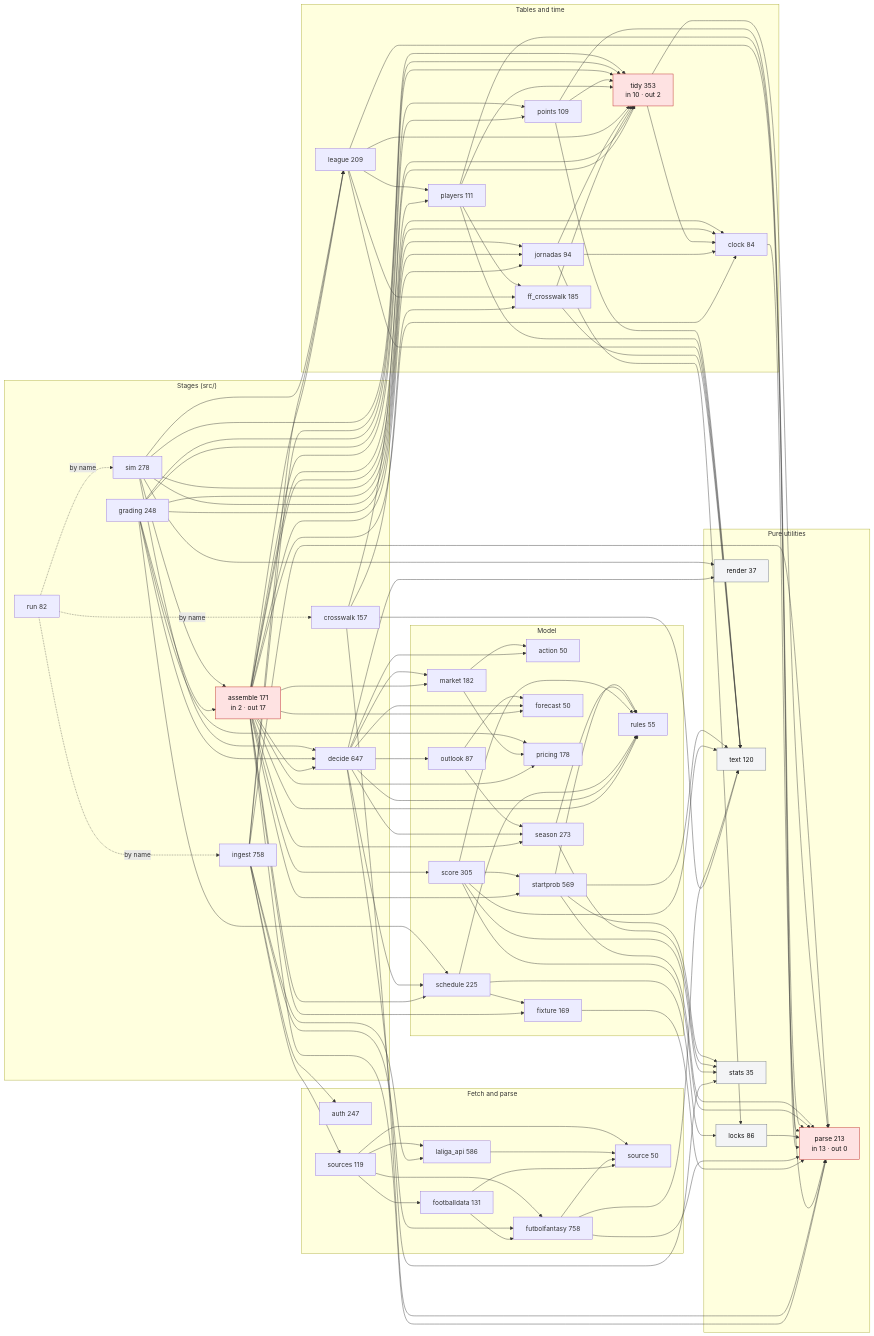
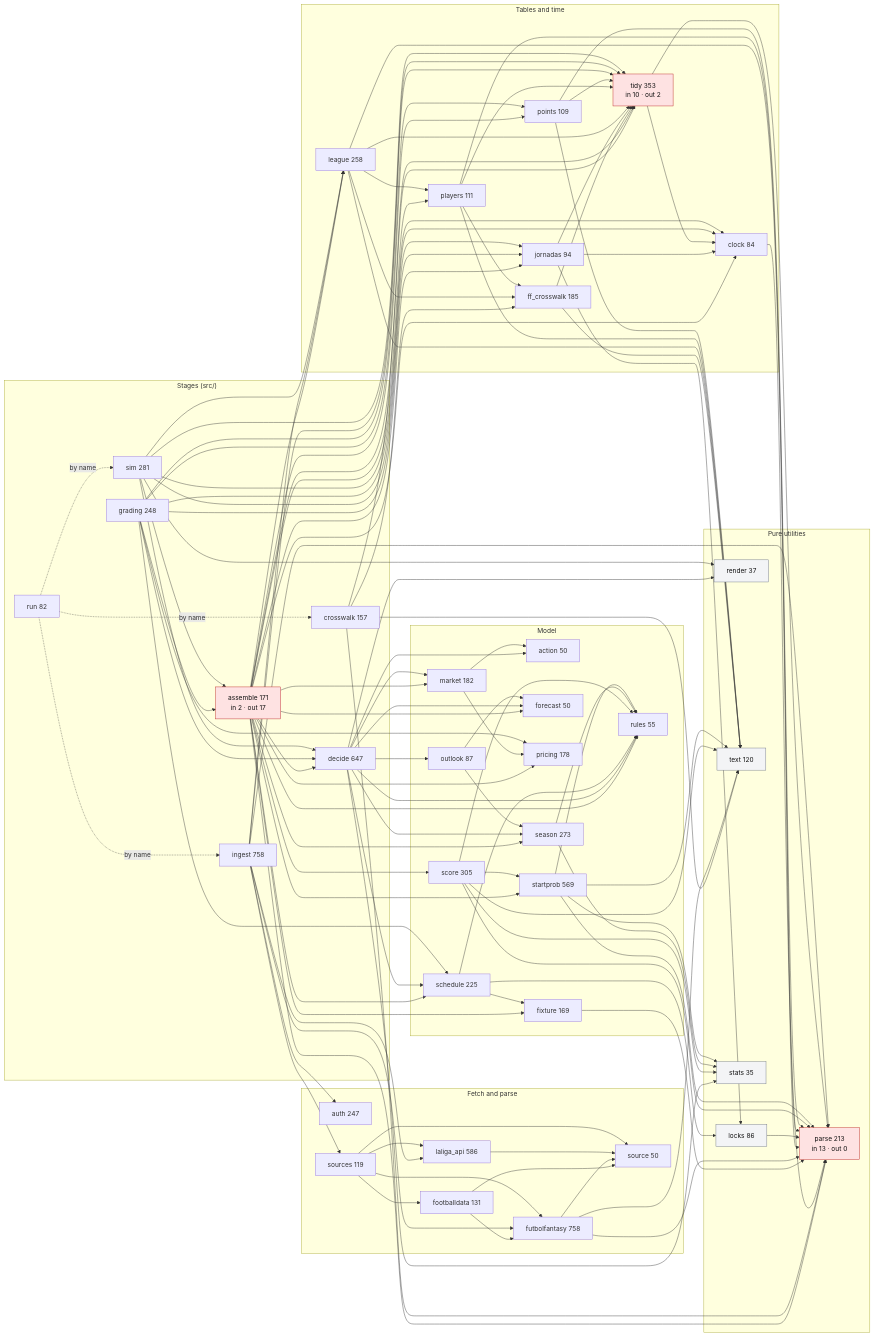
The diagram in docs/modules.mmd (OrsM/liga_five_guys), drawn with Mermaid before and after one commit. The commit also changed 1 other file, not shown here.

```diff
--- a/docs/modules.mmd
+++ b/docs/modules.mmd
@@ -1,154 +1,154 @@
 flowchart LR
     classDef hub fill:#fee2e2,stroke:#b91c1c,color:#111
     classDef leaf fill:#f3f4f6,stroke:#6b7280,color:#111
     subgraph stages["Stages (src/)"]
         assemble["assemble 171<br/>in 2 · out 17"]:::hub
         crosswalk["crosswalk 157"]
         decide["decide 647"]
         grading["grading 248"]
         ingest["ingest 758"]
         run["run 82"]
-        sim["sim 278"]
+        sim["sim 281"]
     end
     subgraph fetch["Fetch and parse"]
         auth["auth 247"]
         footballdata["footballdata 131"]
         futbolfantasy["futbolfantasy 758"]
         laliga_api["laliga_api 586"]
         source["source 50"]
         sources["sources 119"]
     end
     subgraph data["Tables and time"]
         clock["clock 84"]
         ff_crosswalk["ff_crosswalk 185"]
         jornadas["jornadas 94"]
-        league["league 209"]
+        league["league 258"]
         players["players 111"]
         points["points 109"]
         tidy["tidy 353<br/>in 10 · out 2"]:::hub
     end
     subgraph model["Model"]
         action["action 50"]
         fixture["fixture 169"]
         forecast["forecast 50"]
         market["market 182"]
         outlook["outlook 87"]
         pricing["pricing 178"]
         rules["rules 55"]
         schedule["schedule 225"]
         score["score 305"]
         season["season 273"]
         startprob["startprob 569"]
     end
     subgraph util["Pure utilities"]
         locks["locks 86"]:::leaf
         parse["parse 213<br/>in 13 · out 0"]:::hub
         render["render 37"]:::leaf
         text["text 120"]:::leaf
         stats["stats 35"]:::leaf
     end
     run -. "by name" .-> ingest
     run -. "by name" .-> crosswalk
     run -. "by name" .-> sim
     assemble --> decide
     assemble --> clock
     assemble --> fixture
     assemble --> forecast
     assemble --> jornadas
     assemble --> league
     assemble --> market
     assemble --> parse
     assemble --> players
     assemble --> points
     assemble --> pricing
     assemble --> rules
     assemble --> schedule
     assemble --> score
     assemble --> season
     assemble --> startprob
     assemble --> tidy
     crosswalk --> ff_crosswalk
     crosswalk --> parse
     crosswalk --> text
     crosswalk --> tidy
     decide --> action
     decide --> forecast
     decide --> market
     decide --> outlook
     decide --> render
     decide --> rules
     decide --> schedule
     decide --> season
     decide --> stats
     clock --> parse
     ff_crosswalk --> text
     ff_crosswalk --> tidy
     fixture --> parse
     footballdata --> futbolfantasy
     footballdata --> source
     futbolfantasy --> parse
     futbolfantasy --> source
     futbolfantasy --> text
     jornadas --> clock
     jornadas --> locks
     jornadas --> tidy
     laliga_api --> source
     league --> ff_crosswalk
     league --> parse
     league --> players
     league --> text
     league --> tidy
     locks --> parse
     market --> action
     market --> pricing
     outlook --> forecast
     outlook --> season
     players --> ff_crosswalk
     players --> parse
     players --> text
     players --> tidy
     points --> parse
     points --> text
     points --> tidy
     schedule --> fixture
     schedule --> locks
     schedule --> rules
     score --> parse
     score --> rules
     score --> startprob
     score --> text
     score --> stats
     season --> rules
     season --> stats
     startprob --> parse
     startprob --> rules
     startprob --> text
     startprob --> stats
     tidy --> clock
     tidy --> parse
     grading --> assemble
     grading --> decide
     grading --> clock
     grading --> jornadas
     grading --> points
     grading --> pricing
     grading --> schedule
     grading --> tidy
     ingest --> auth
     ingest --> futbolfantasy
     ingest --> laliga_api
     ingest --> league
     ingest --> parse
     ingest --> tidy
     ingest --> sources
     sim --> assemble
     sim --> decide
     sim --> clock
     sim --> jornadas
     sim --> league
     sim --> render
     sim --> tidy
     sources --> footballdata
     sources --> futbolfantasy
     sources --> laliga_api
     sources --> source
```
